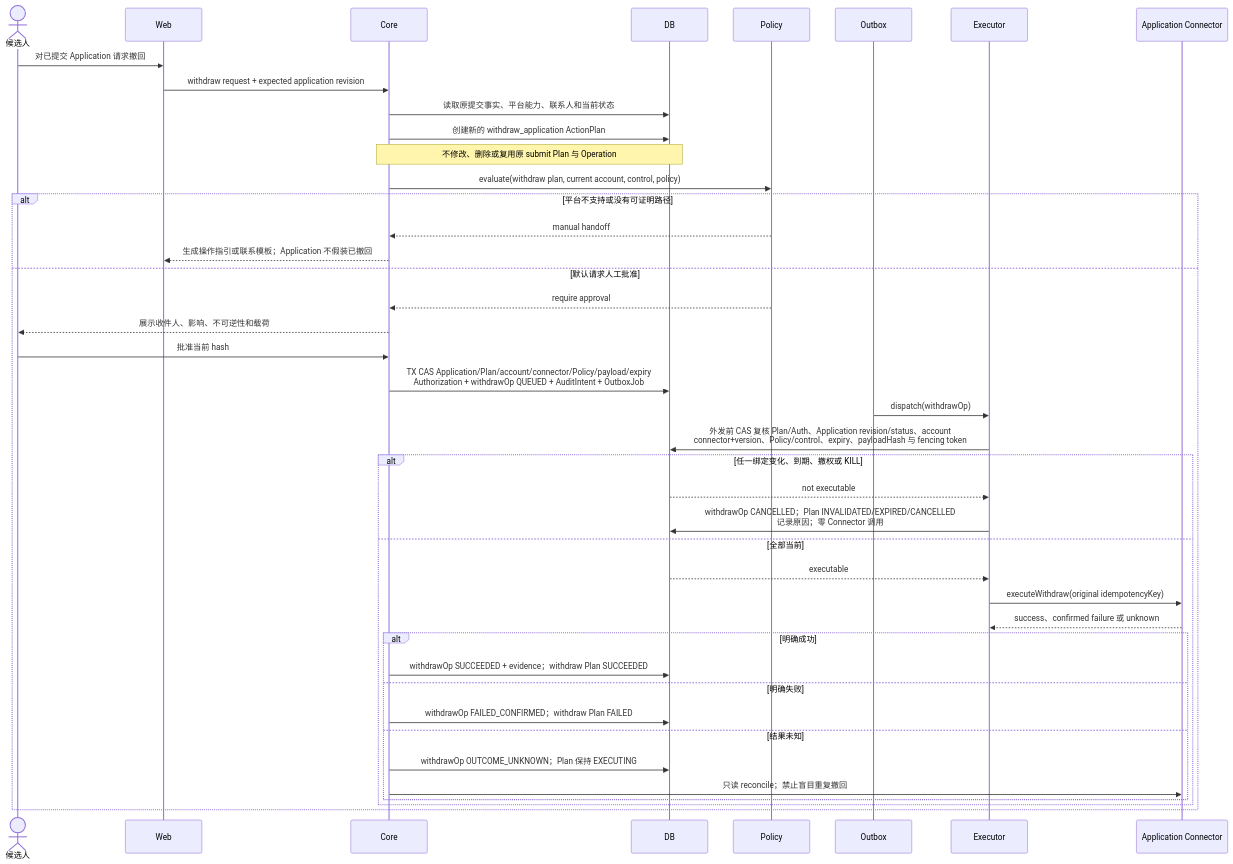
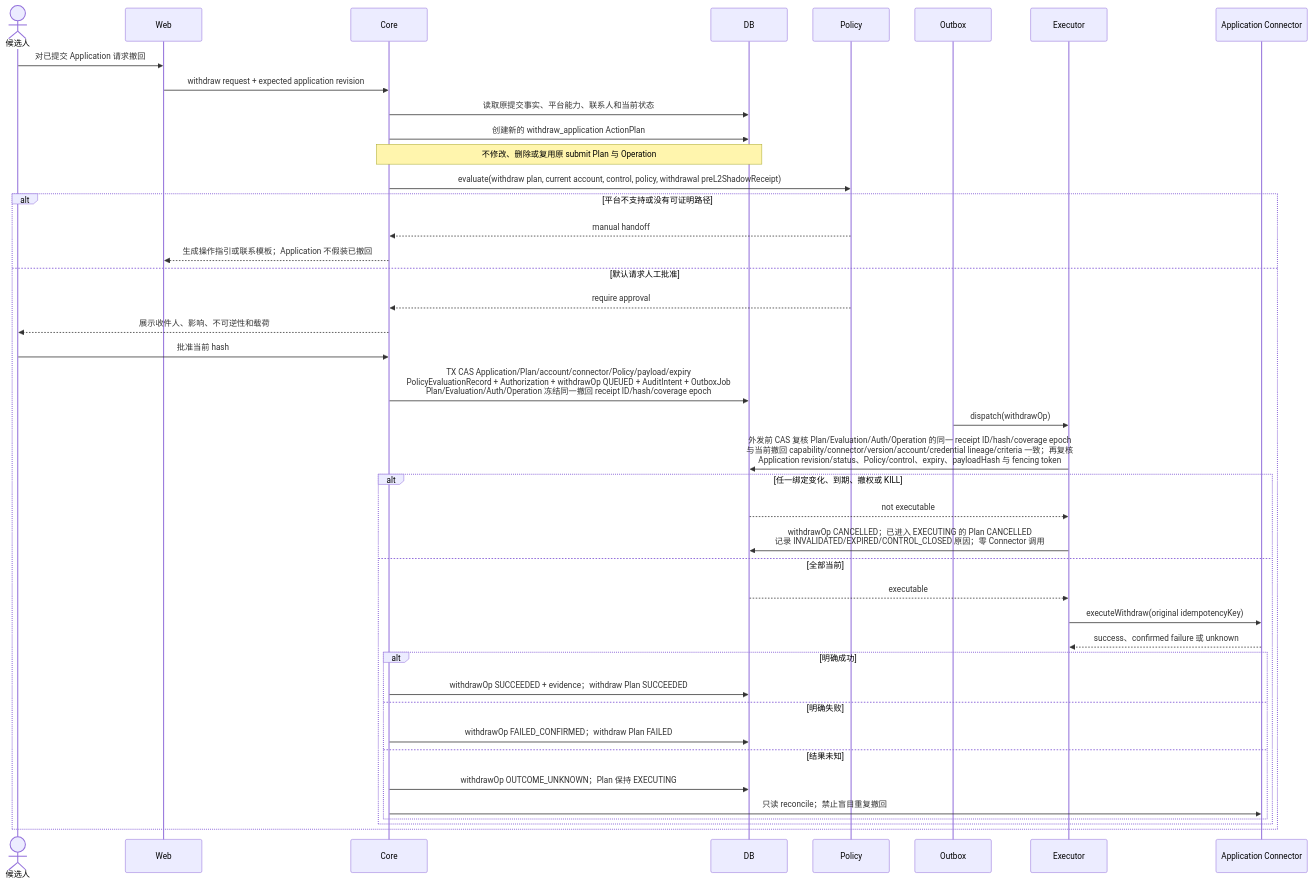
Before and after one commit to AnnCYW-cm/rolefox: diagram 18 of 24 in docs/product/uml/05-sequence-flows.md, drawn with Mermaid. The commit also changed other lines of this file and 103 other files, not shown here.

````diff
--- a/docs/product/uml/05-sequence-flows.md
+++ b/docs/product/uml/05-sequence-flows.md
@@ -1694,47 +2010,47 @@
 ```mermaid
 sequenceDiagram
     actor User as 候选人
     participant Web
     participant Core
     participant DB
     participant Policy
     participant Outbox
     participant Executor
     participant Connector as Application Connector
 
     User->>Web: 对已提交 Application 请求撤回
     Web->>Core: withdraw request + expected application revision
     Core->>DB: 读取原提交事实、平台能力、联系人和当前状态
     %% @anchor WITHDRAW_NEW_ACTION_PLAN
     Core->>DB: 创建新的 withdraw_application ActionPlan
     Note over Core,DB: 不修改、删除或复用原 submit Plan 与 Operation
-    Core->>Policy: evaluate(withdraw plan, current account, control, policy)
+    Core->>Policy: evaluate(withdraw plan, current account, control, policy, withdrawal preL2ShadowReceipt)
     alt 平台不支持或没有可证明路径
         Policy-->>Core: manual handoff
         Core-->>Web: 生成操作指引或联系模板；Application 不假装已撤回
     else 默认请求人工批准
         Policy-->>Core: require approval
         Core-->>User: 展示收件人、影响、不可逆性和载荷
         User->>Core: 批准当前 hash
-        Core->>DB: TX CAS Application/Plan/account/connector/Policy/payload/expiry<br/>Authorization + withdrawOp QUEUED + AuditIntent + OutboxJob
+        Core->>DB: TX CAS Application/Plan/account/connector/Policy/payload/expiry<br/>PolicyEvaluationRecord + Authorization + withdrawOp QUEUED + AuditIntent + OutboxJob<br/>Plan/Evaluation/Auth/Operation 冻结同一撤回 receipt ID/hash/coverage epoch
         Outbox->>Executor: dispatch(withdrawOp)
         %% @anchor WITHDRAW_EXECUTION_RECHECK
-        Executor->>DB: 外发前 CAS 复核 Plan/Auth、Application revision/status、account<br/>connector+version、Policy/control、expiry、payloadHash 与 fencing token
+        Executor->>DB: 外发前 CAS 复核 Plan/Evaluation/Auth/Operation 的同一 receipt ID/hash/coverage epoch<br/>与当前撤回 capability/connector/version/account/credential lineage/criteria 一致；再复核<br/>Application revision/status、Policy/control、expiry、payloadHash 与 fencing token
         alt 任一绑定变化、到期、撤权或 KILL
             DB-->>Executor: not executable
-            Executor->>DB: withdrawOp CANCELLED；Plan INVALIDATED/EXPIRED/CANCELLED<br/>记录原因；零 Connector 调用
+            Executor->>DB: withdrawOp CANCELLED；已进入 EXECUTING 的 Plan CANCELLED<br/>记录 INVALIDATED/EXPIRED/CONTROL_CLOSED 原因；零 Connector 调用
         else 全部当前
             DB-->>Executor: executable
             Executor->>Connector: executeWithdraw(original idempotencyKey)
             Connector-->>Executor: success、confirmed failure 或 unknown
             alt 明确成功
                 Core->>DB: withdrawOp SUCCEEDED + evidence；withdraw Plan SUCCEEDED
             else 明确失败
                 Core->>DB: withdrawOp FAILED_CONFIRMED；withdraw Plan FAILED
             else 结果未知
                 Core->>DB: withdrawOp OUTCOME_UNKNOWN；Plan 保持 EXECUTING
                 Core->>Connector: 只读 reconcile；禁止盲目重复撤回
             end
         end
     end
 ```
````
